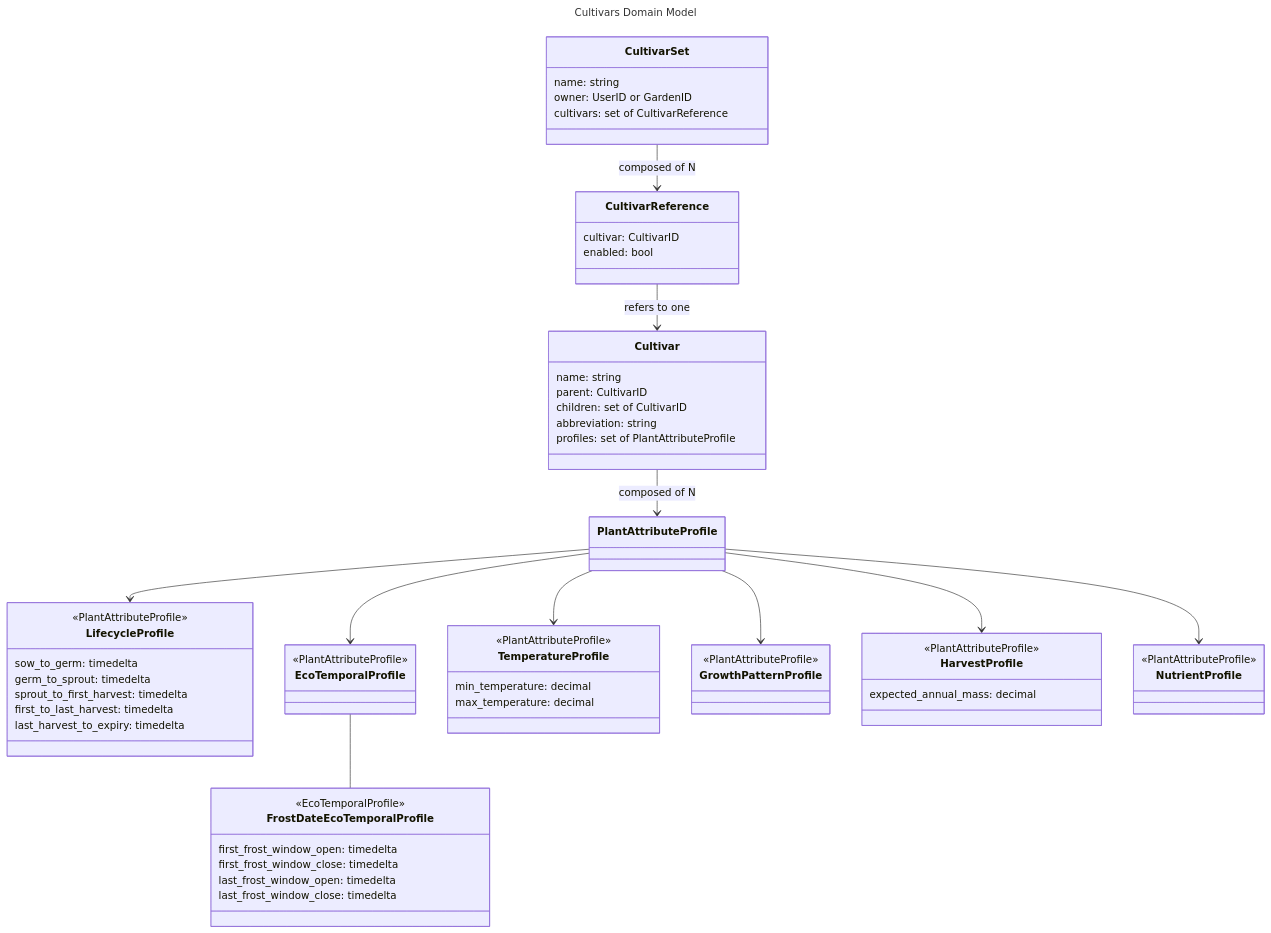
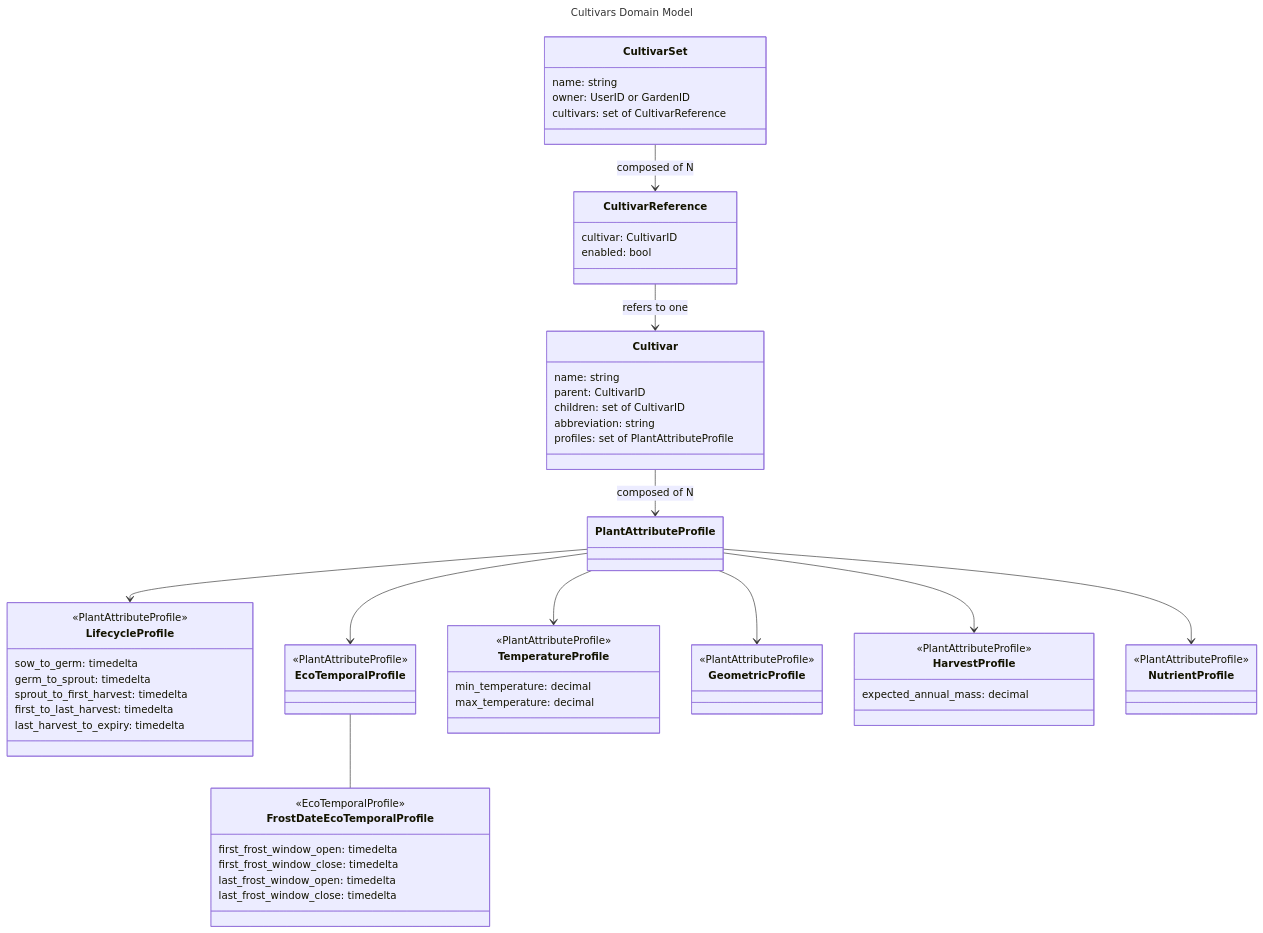
The diagram in outline/cultivars/models.md (VerdanTech/Vdt-Webapp), drawn with Mermaid before and after one commit. The commit also changed other lines of this file and 16 other files, not shown here.

````diff
--- a/outline/cultivars/models.md
+++ b/outline/cultivars/models.md
@@ -3,73 +3,73 @@
 ```mermaid
 ---
 title: Cultivars Domain Model
 ---
 classDiagram
 
     CultivarSet --> CultivarReference : composed of N
     CultivarReference --> Cultivar : refers to one
     Cultivar --> PlantAttributeProfile : composed of N
     PlantAttributeProfile --> LifecycleProfile
     PlantAttributeProfile --> EcoTemporalProfile
     EcoTemporalProfile -- FrostDateEcoTemporalProfile
     PlantAttributeProfile --> TemperatureProfile
-    PlantAttributeProfile --> GrowthPatternProfile
+    PlantAttributeProfile --> GeometricProfile
     PlantAttributeProfile --> HarvestProfile
     PlantAttributeProfile --> NutrientProfile
 
     class CultivarSet{
         name: string
         owner: UserID or GardenID
         cultivars: set of CultivarReference
     }
     class CultivarReference{
         cultivar: CultivarID
         enabled: bool
     }
     class Cultivar{
         name: string
         parent: CultivarID
         children: set of CultivarID
         abbreviation: string
         profiles: set of PlantAttributeProfile
     }
     class PlantAttributeProfile{
 
     }
     class LifecycleProfile{
         <<PlantAttributeProfile>>
         sow_to_germ: timedelta
         germ_to_sprout: timedelta
         sprout_to_first_harvest: timedelta
         first_to_last_harvest: timedelta
         last_harvest_to_expiry: timedelta
     }
     class EcoTemporalProfile{
         <<PlantAttributeProfile>>
     }
     class FrostDateEcoTemporalProfile{
         <<EcoTemporalProfile>>
         first_frost_window_open: timedelta
         first_frost_window_close: timedelta
         last_frost_window_open: timedelta
         last_frost_window_close: timedelta
     }
     class TemperatureProfile{
         <<PlantAttributeProfile>>
         min_temperature: decimal
         max_temperature: decimal
     }
-    class GrowthPatternProfile{
+    class GeometricProfile{
         <<PlantAttributeProfile>>
     }
     class HarvestProfile{
         <<PlantAttributeProfile>>
         expected_annual_mass: decimal
 
     }
     class NutrientProfile{
         <<PlantAttributeProfile>>
 
     }
 
 ```
````
